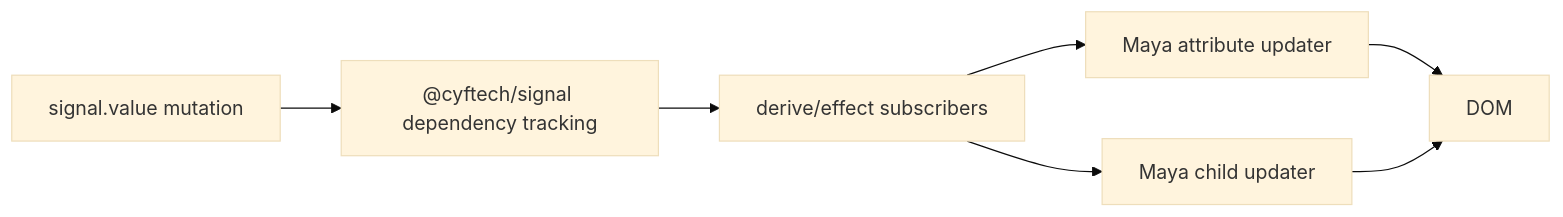
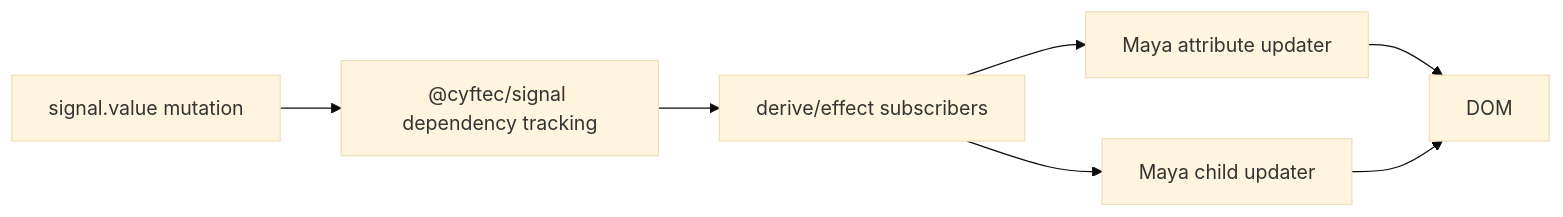
One commit to cyftec/maya-ui changed the seventh of 21 diagrams in docs-md/ARCHITECTURE.md. Above: the diagram before and after it, drawn with Mermaid (base theme). The commit also changed other lines of this file and 30 other files, not shown here.

````diff
--- a/docs-md/ARCHITECTURE.md
+++ b/docs-md/ARCHITECTURE.md
@@ -1033,9 +1033,9 @@
 ```mermaid
 flowchart LR
-  A["signal.value mutation"] --> B["@cyftech/signal dependency tracking"]
+  A["signal.value mutation"] --> B["@cyftec/signal dependency tracking"]
   B --> C["derive/effect subscribers"]
   C --> D["Maya attribute updater"]
   C --> E["Maya child updater"]
   D --> F["DOM"]
   E --> F
 ```
````
